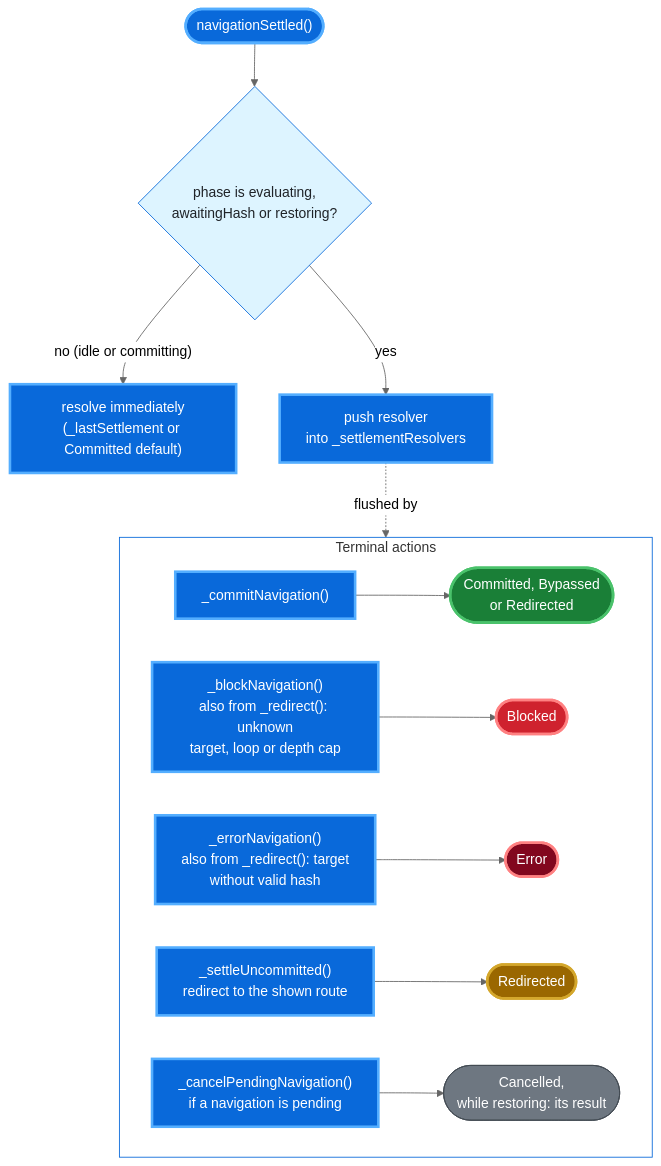
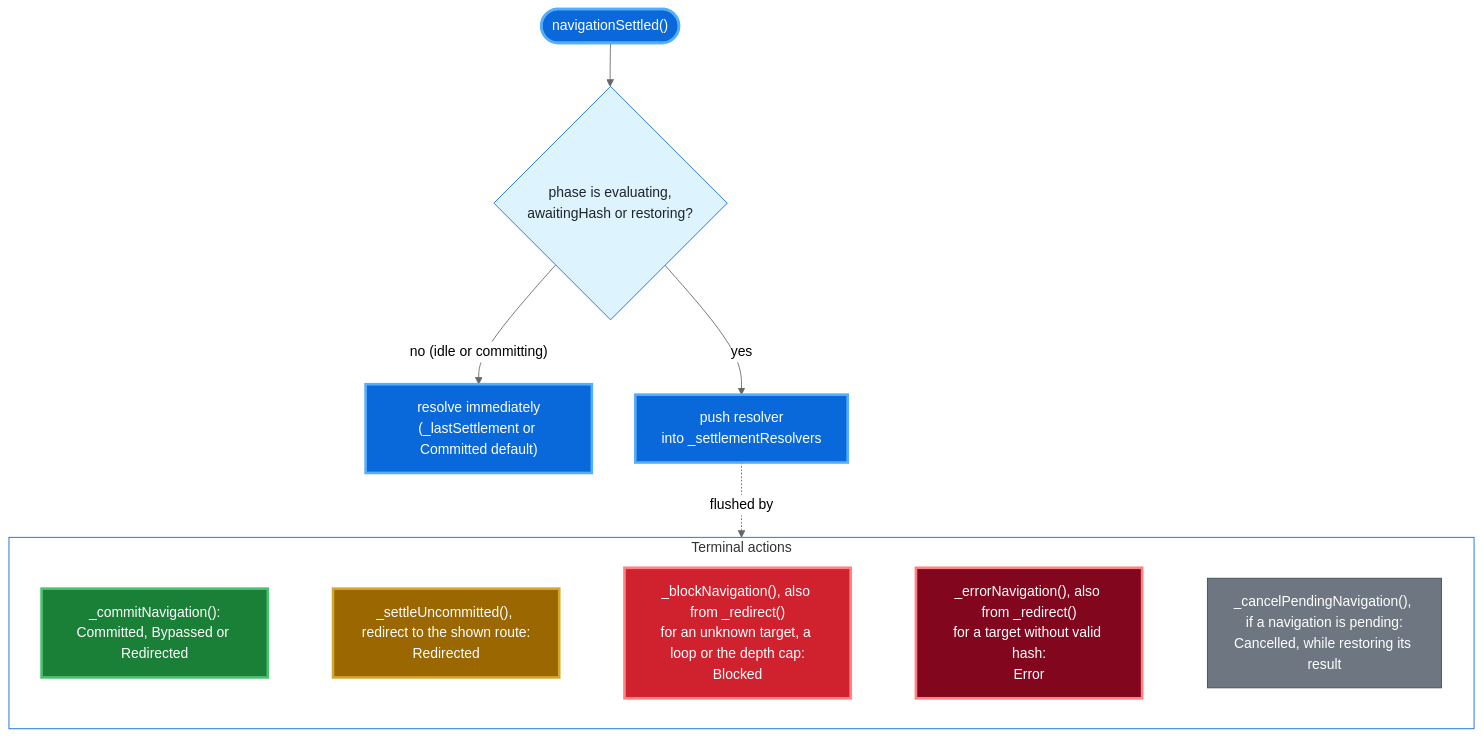
Before and after one commit to wridgeu/ui5-lib-guard-router: the seventh of 12 diagrams in docs/reference/architecture.md, drawn with Mermaid (neutral theme). The commit also changed other lines of this file, not shown here.

Commit message:
docs: fit the settlement, launchpad and phase figures into the column
Claude-Session: https://claude.ai/code/session_01WgqSRUKcbEApXUbdrBBVmr

````diff
--- a/docs/reference/architecture.md
+++ b/docs/reference/architecture.md
@@ -767,32 +767,32 @@
 ```mermaid
 flowchart TD
     call(["navigationSettled()"]) --> pending{"phase is evaluating,<br/>awaitingHash or restoring?"}
     pending -- "no (idle or committing)" --> immediate["resolve immediately<br/>(_lastSettlement or Committed default)"]
     pending -- "yes" --> push["push resolver<br/>into _settlementResolvers"]
     push -. "flushed by" .-> actions
 
     subgraph actions ["Terminal actions"]
-        direction LR
-        commit["_commitNavigation()"] --> fcommit(["Committed, Bypassed<br/>or Redirected"])
-        block["_blockNavigation()<br/>also from _redirect(): unknown<br/>target, loop or depth cap"] --> fblock(["Blocked"])
-        errornav["_errorNavigation()<br/>also from _redirect(): target<br/>without valid hash"] --> ferror(["Error"])
-        settle["_settleUncommitted()<br/>redirect to the shown route"] --> fredirect(["Redirected"])
-        cancel["_cancelPendingNavigation()<br/>if a navigation is pending"] --> fcancel(["Cancelled,<br/>while restoring: its result"])
+        commit["_commitNavigation():<br/>Committed, Bypassed or Redirected"]
+        settle["_settleUncommitted(), redirect to the shown route:<br/>Redirected"]
+        block["_blockNavigation(), also from _redirect()<br/>for an unknown target, a loop or the depth cap:<br/>Blocked"]
+        errornav["_errorNavigation(), also from _redirect()<br/>for a target without valid hash:<br/>Error"]
+        cancel["_cancelPendingNavigation(), if a navigation is pending:<br/>Cancelled, while restoring its result"]
+        commit ~~~ settle ~~~ block ~~~ errornav ~~~ cancel
     end
 
     classDef native fill:#6e7781,stroke:#424a53,color:#ffffff
     classDef added fill:#0969da,stroke:#54aeff,stroke-width:3px,color:#ffffff
     classDef decision fill:#ddf4ff,stroke:#0969da,color:#1f2328
     classDef commit fill:#1a7f37,stroke:#4ac26b,stroke-width:3px,color:#ffffff
     classDef redirect fill:#9a6700,stroke:#d4a72c,stroke-width:3px,color:#ffffff
     classDef block fill:#cf222e,stroke:#ff8182,stroke-width:3px,color:#ffffff
     classDef error fill:#82071e,stroke:#ff8182,stroke-width:3px,color:#ffffff
-    class fcancel native
-    class call,immediate,push,commit,block,errornav,settle,cancel added
+    class cancel native
+    class call,immediate,push added
     class pending decision
-    class fcommit commit
-    class fredirect redirect
-    class fblock block
-    class ferror error
+    class commit commit
+    class settle redirect
+    class block block
+    class errornav error
     style actions fill:none,stroke:#0969da
 ```
````
